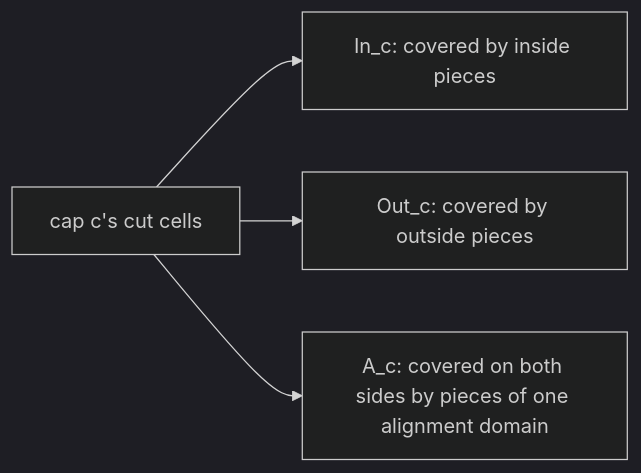
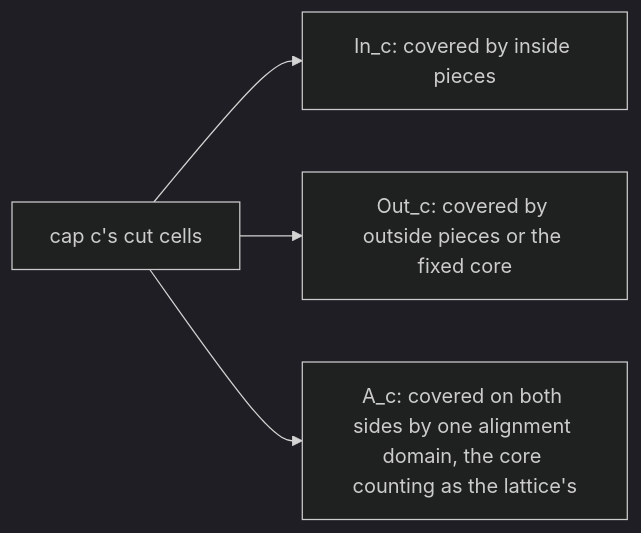
Before and after one commit to KonomiYuzu01/Magic-600-Cell: the diagram in docs/progress/1.0/glossary/diagrams/in-out-a.mmd, drawn with Mermaid (dark theme). The commit also changed 78 other files, not shown here.

```diff
--- a/docs/progress/1.0/glossary/diagrams/in-out-a.mmd
+++ b/docs/progress/1.0/glossary/diagrams/in-out-a.mmd
@@ -1,4 +1,4 @@
 flowchart LR
   Cut[cap c's cut cells] --> I[In_c: covered by inside pieces]
-  Cut --> O[Out_c: covered by outside pieces]
-  Cut --> A[A_c: covered on both sides by pieces of one alignment domain]
+  Cut --> O[Out_c: covered by outside pieces or the fixed core]
+  Cut --> A["A_c: covered on both sides by one alignment domain, the core counting as the lattice's"]
```
